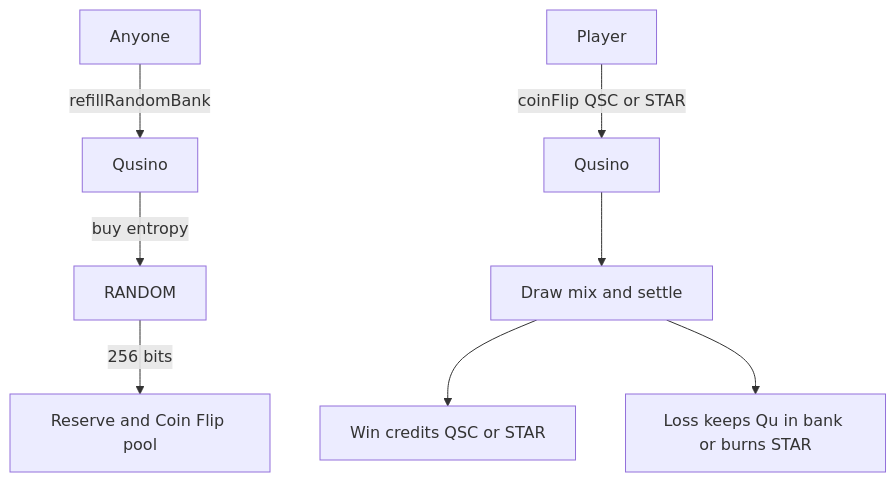
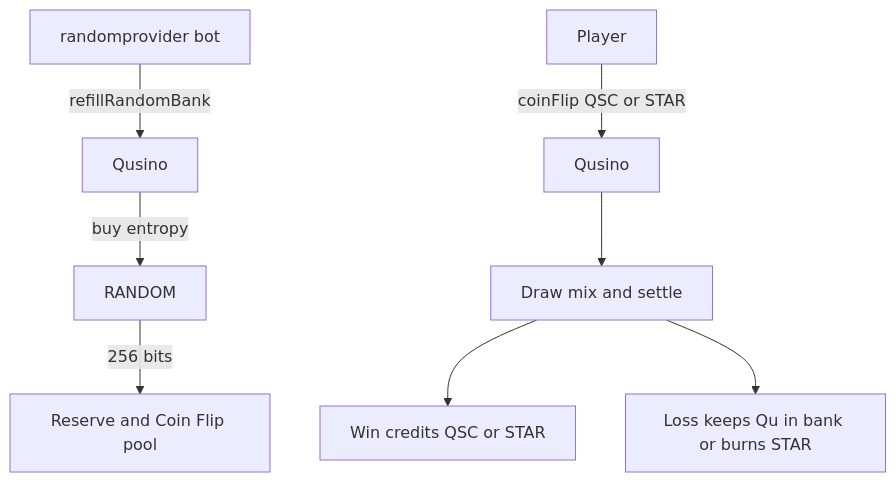
Before and after one commit to nineisten/qusino: the diagram in docs/Upgrade.md, drawn with Mermaid.

Commit message:
Updated chart

````diff
--- a/docs/Upgrade.md
+++ b/docs/Upgrade.md
@@ -122,10 +122,11 @@
 ```mermaid
 flowchart TD
-  anyone[Anyone] -->|refillRandomBank| qusino[Qusino]
+    
+  bot[randomprovider bot] -->|refillRandomBank| qusino[Qusino]
   qusino -->|buy entropy| random[RANDOM]
   random -->|256 bits| bank[Reserve and Coin Flip pool]
   player[Player] -->|coinFlip QSC or STAR| qusino2[Qusino]
   qusino2 --> settle[Draw mix and settle]
   settle --> win[Win credits QSC or STAR]
   settle --> loss[Loss keeps Qu in bank or burns STAR]
 ```
````
